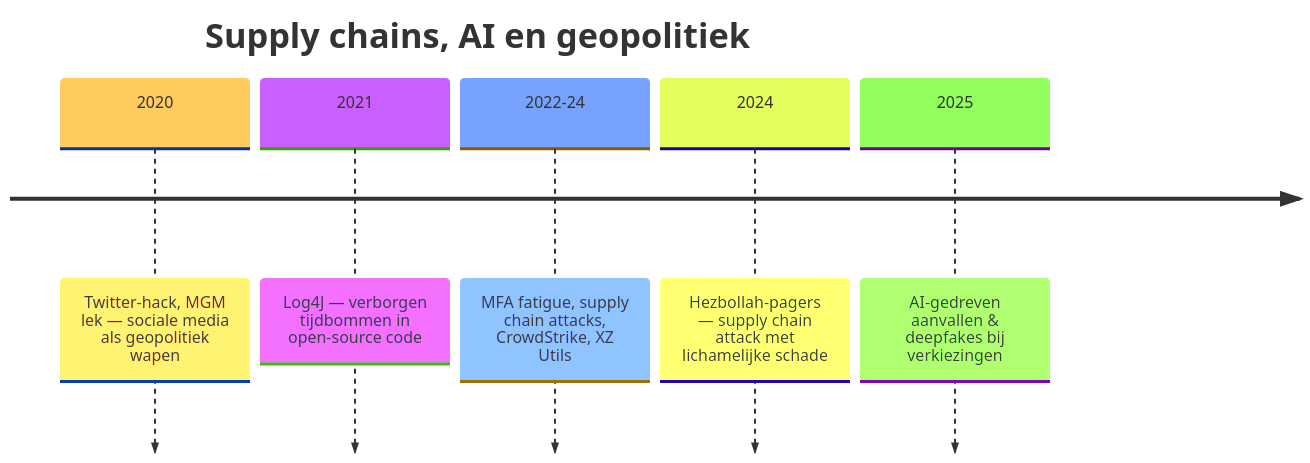
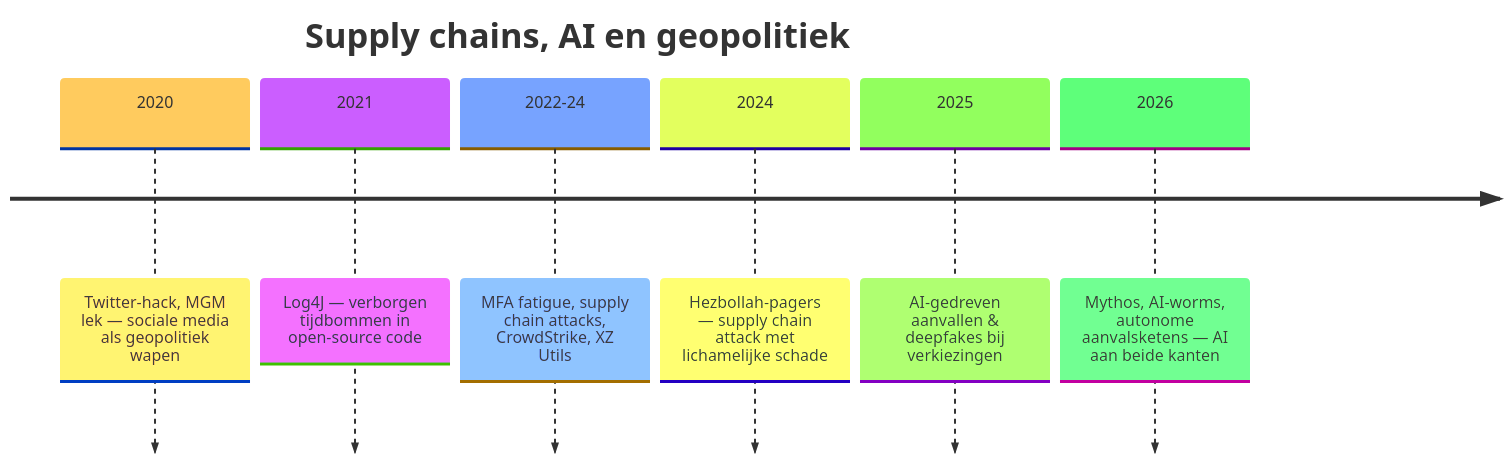
Before and after one commit to timdams/cyberboswachters_boek: the third of 7 diagrams in cyberboswachters/slides/wordtheterger.qmd, drawn with Mermaid. The commit also changed other lines of this file and 25 other files, not shown here.

````diff
--- a/cyberboswachters/slides/wordtheterger.qmd
+++ b/cyberboswachters/slides/wordtheterger.qmd
@@ -70,10 +70,11 @@
 ```{mermaid}
 %%{init: {"theme": "base", "timeline": {"useMaxWidth": true}} }%%
 timeline
     title Supply chains, AI en geopolitiek
     2020 : Twitter-hack, MGM lek — sociale media als geopolitiek wapen
     2021 : Log4J — verborgen tijdbommen in open-source code
     2022-24 : MFA fatigue, supply chain attacks, CrowdStrike, XZ Utils
     2024 : Hezbollah-pagers — supply chain attack met lichamelijke schade
     2025 : AI-gedreven aanvallen & deepfakes bij verkiezingen
+    2026 : Mythos, AI-worms, autonome aanvalsketens — AI aan beide kanten
 ```
````
